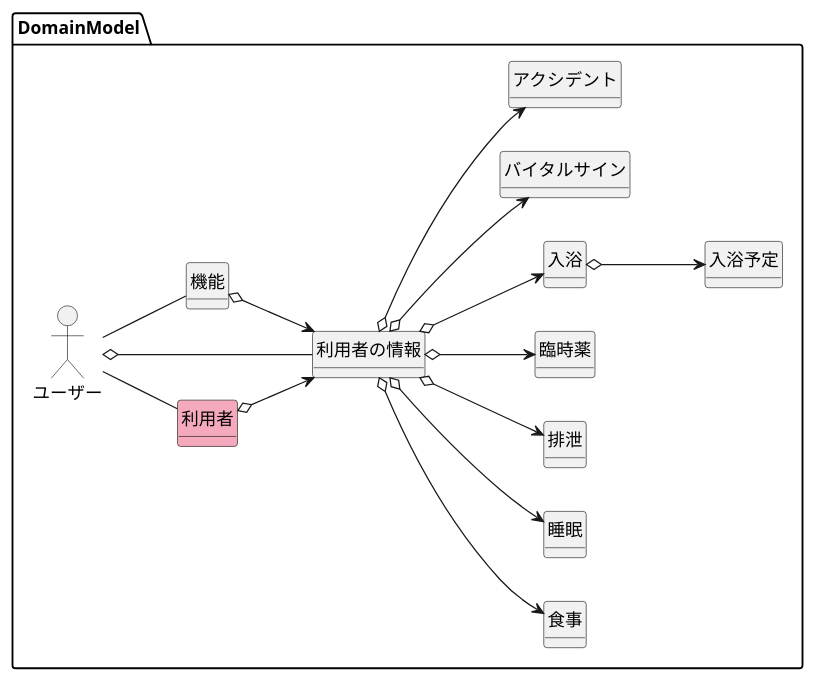
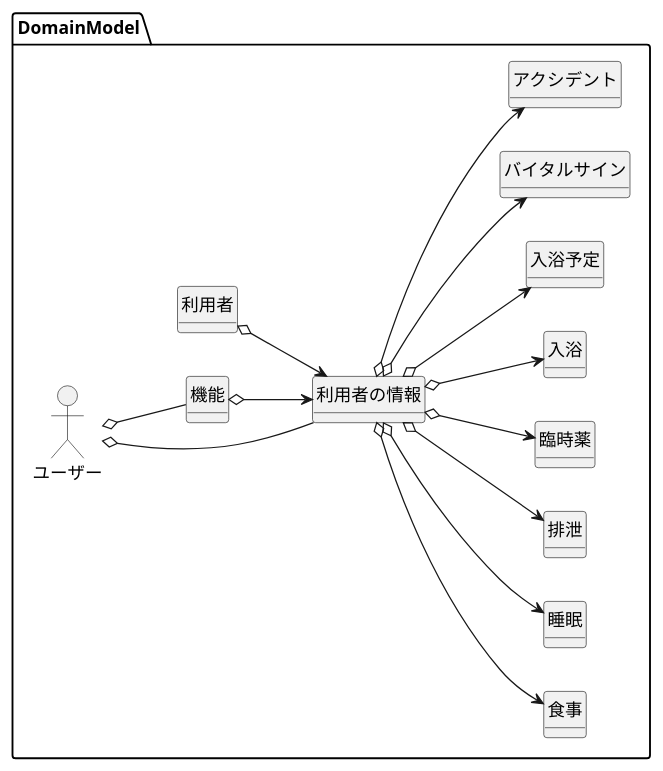
One commit to daiki-nishimura/JBC-check changed the diagram in domainmodel.plantuml. Above: the diagram before and after it, drawn with PlantUML.

Commit message:
ドメイン

```diff
--- a/domainmodel.plantuml
+++ b/domainmodel.plantuml
@@ -1,27 +1,27 @@
 @startuml DomainModel
 left to right direction
 hide circle
 hide methods
 
 package DomainModel {
-    class 利用者 #F5A9BC
+    class 利用者 
     class 利用者の情報
     class 機能
 
     mix_actor ユーザー
 
     利用者の情報 o--> 食事
     利用者の情報 o--> 睡眠
     利用者の情報 o--> 排泄
     利用者の情報 o--> 臨時薬
     利用者の情報 o--> 入浴
-    入浴 o--> 入浴予定
+    利用者の情報 o--> 入浴予定
     利用者の情報 o--> バイタルサイン
     利用者の情報 o--> アクシデント
     ユーザー o-- 利用者の情報
     機能 o--> 利用者の情報
     利用者 o--> 利用者の情報
-    ユーザー -- 機能
-    ユーザー -- 利用者
+    ユーザー o-- 機能
+    
 }
 @enduml
```
